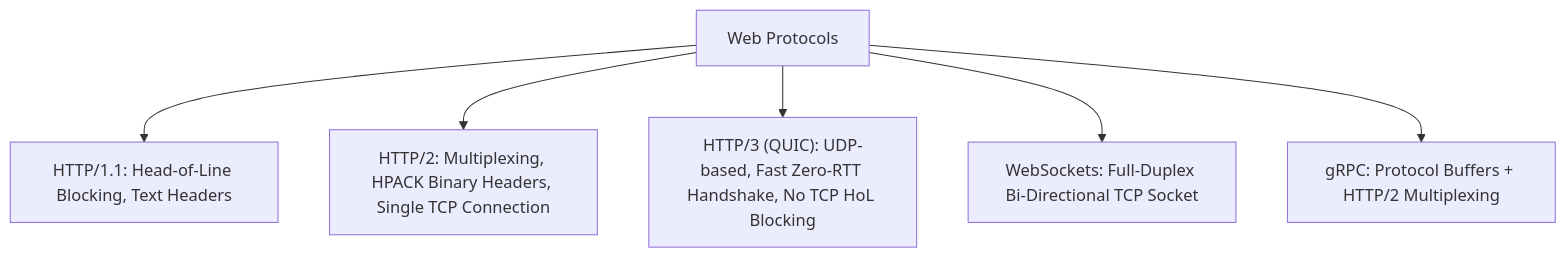
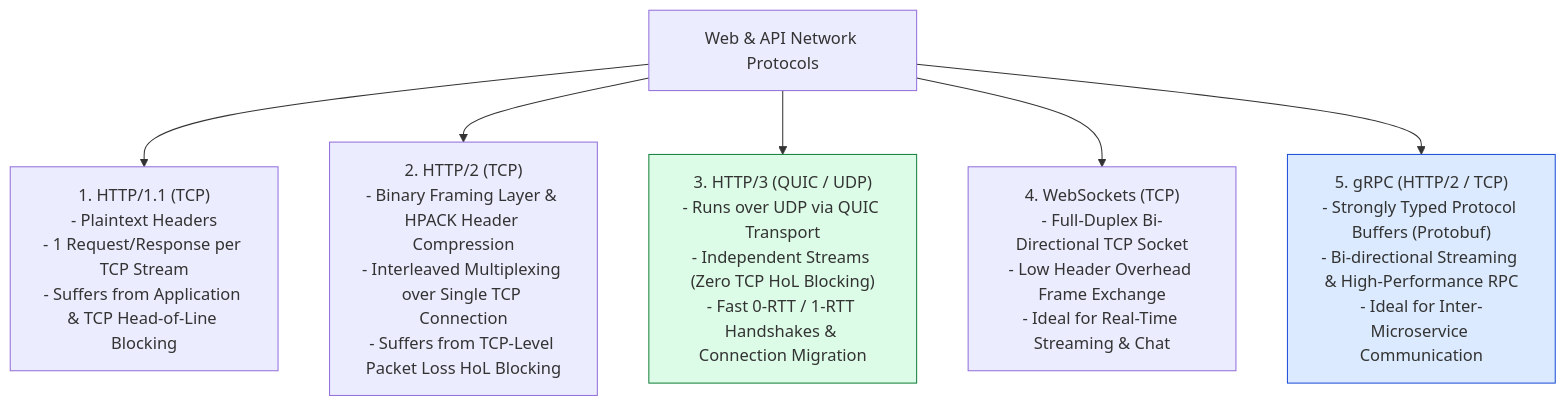
Before and after one commit to Amie-dev/engineering-playbook: the first of 3 diagrams in system-design-notes/01-client-server-and-protocols.md, drawn with Mermaid. The commit also changed other lines of this file and 33 other files, not shown here.

````diff
--- a/system-design-notes/01-client-server-and-protocols.md
+++ b/system-design-notes/01-client-server-and-protocols.md
@@ -10,8 +15,11 @@
 ```mermaid
-graph TD
-    Protocols[Web Protocols] --> HTTP1["HTTP/1.1: Head-of-Line Blocking, Text Headers"]
-    Protocols --> HTTP2["HTTP/2: Multiplexing, HPACK Binary Headers, Single TCP Connection"]
-    Protocols --> HTTP3["HTTP/3 (QUIC): UDP-based, Fast Zero-RTT Handshake, No TCP HoL Blocking"]
-    Protocols --> WS["WebSockets: Full-Duplex Bi-Directional TCP Socket"]
-    Protocols --> gRPC["gRPC: Protocol Buffers + HTTP/2 Multiplexing"]
+flowchart TD
+    Protocols[Web & API Network Protocols] --> HTTP1["1. HTTP/1.1 (TCP)<br/>- Plaintext Headers<br/>- 1 Request/Response per TCP Stream<br/>- Suffers from Application & TCP Head-of-Line Blocking"]
+    Protocols --> HTTP2["2. HTTP/2 (TCP)<br/>- Binary Framing Layer & HPACK Header Compression<br/>- Interleaved Multiplexing over Single TCP Connection<br/>- Suffers from TCP-Level Packet Loss HoL Blocking"]
+    Protocols --> HTTP3["3. HTTP/3 (QUIC / UDP)<br/>- Runs over UDP via QUIC Transport<br/>- Independent Streams (Zero TCP HoL Blocking)<br/>- Fast 0-RTT / 1-RTT Handshakes & Connection Migration"]
+    Protocols --> WS["4. WebSockets (TCP)<br/>- Full-Duplex Bi-Directional TCP Socket<br/>- Low Header Overhead Frame Exchange<br/>- Ideal for Real-Time Streaming & Chat"]
+    Protocols --> gRPC["5. gRPC (HTTP/2 / TCP)<br/>- Strongly Typed Protocol Buffers (Protobuf)<br/>- Bi-directional Streaming & High-Performance RPC<br/>- Ideal for Inter-Microservice Communication"]
+
+    style HTTP3 fill:#dcfce7,stroke:#15803d
+    style gRPC fill:#dbeafe,stroke:#1d4ed8
 ```
````
